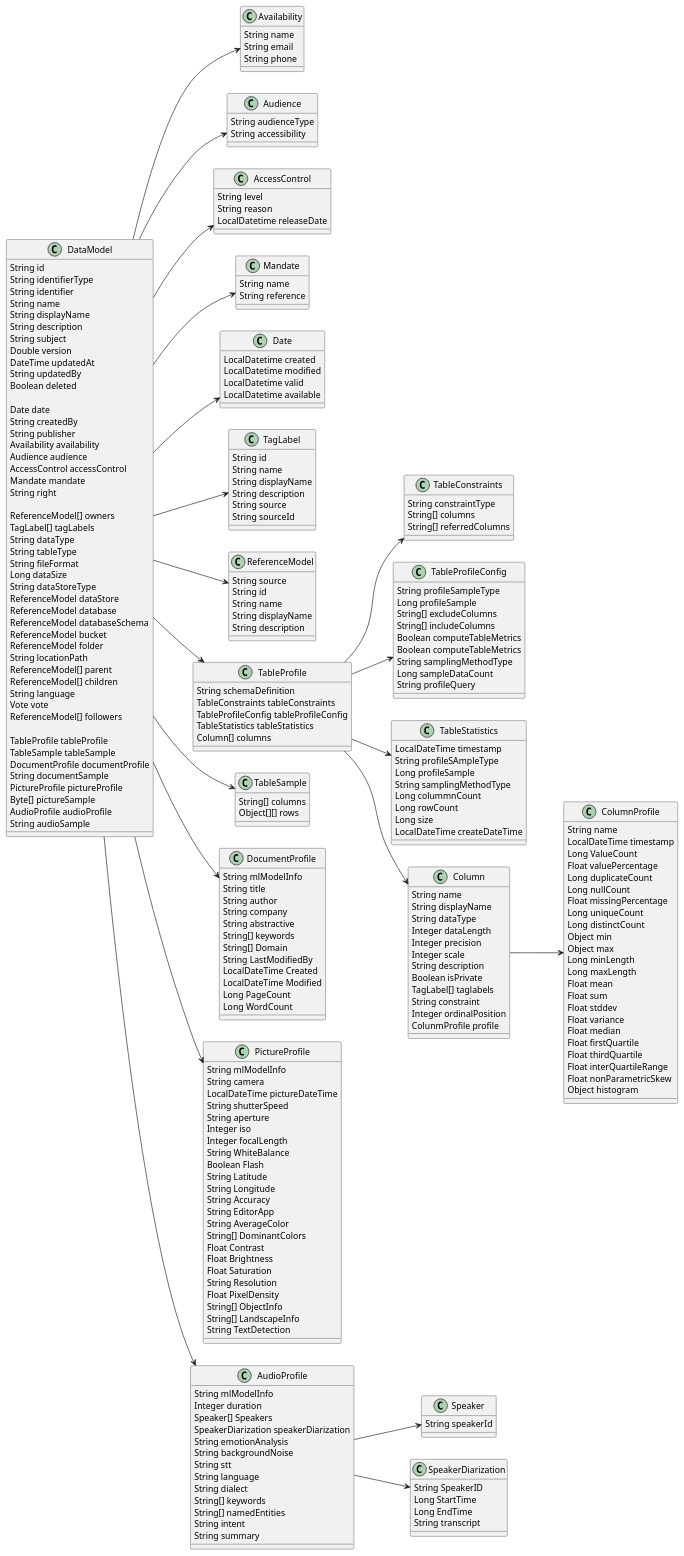
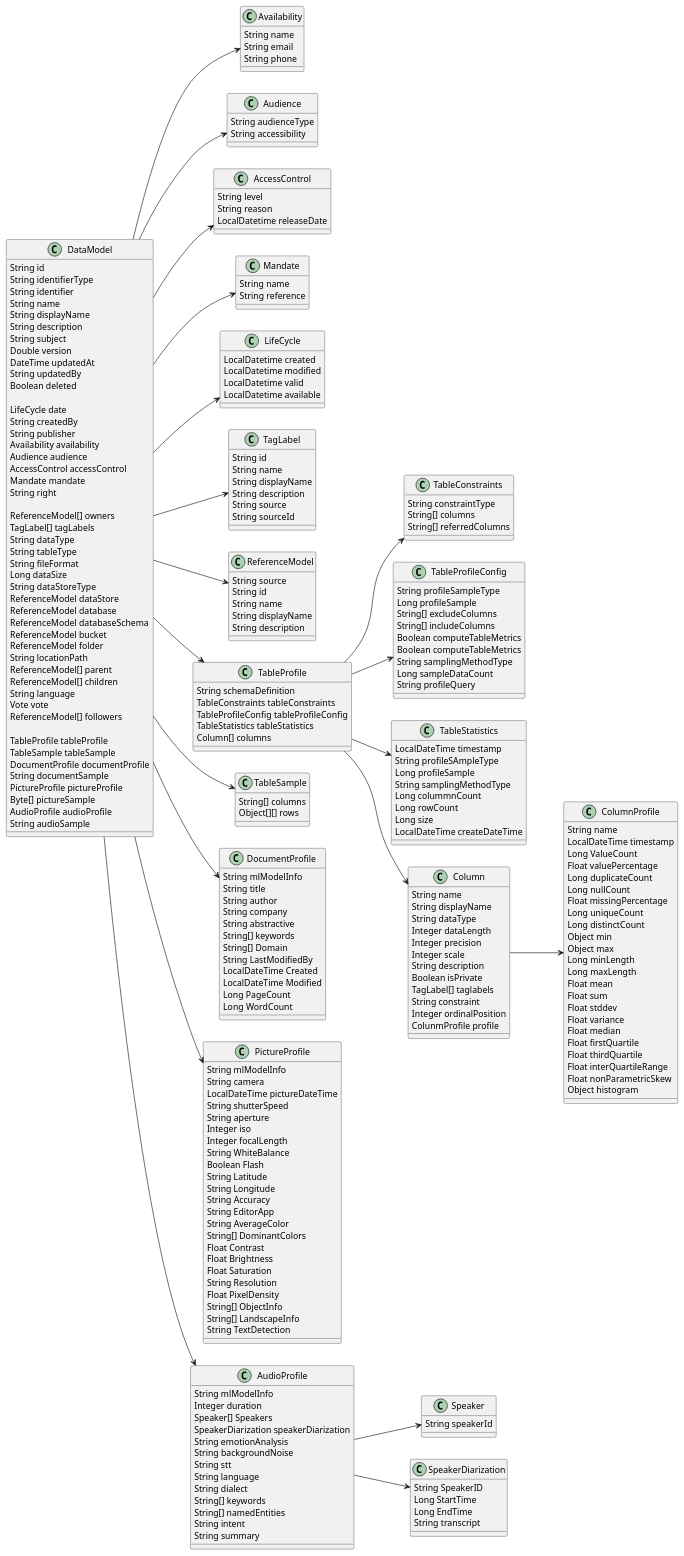
Before and after one commit to DataFabricTech/DataFabricPlatform: the fourth of 6 diagrams in docs/arch/metadata_server/virtualization-data.md, drawn with PlantUML. The commit also changed other lines of this file and 22 other files, not shown here.

````diff
--- a/docs/arch/metadata_server/virtualization-data.md
+++ b/docs/arch/metadata_server/virtualization-data.md
@@ -520,6 +276,16 @@
 ```plantuml
 @startuml
 left to right direction
+
+' | 유형                    | 기호    | 목적                                                                   |
+' | ----------------------- | ------- | ---------------------------------------------------------------------- |
+' | 의존성(Association)     | `-->`   | 객체가 다른 객체를 사용함. ( A `-->` B)                                |
+' | 확장(Inheritance)       | `<\|--` | 계층 구조에서 클래스의 특수화. (부모 `<\|--` 자식)                     |
+' | 구현(Implementation)    | `<\|..` | 클래스에 의한 인터페이스의 실현. (Interface `<\|..` Class)             |
+' | 약한 의존성(Dependency) | `..>`   | 더 약한 형태의 의존성. A 클래스 메소스 파라미터로 B를 사용( A `..>` B) |
+' | 집합(Aggregation)       | `o--`   | 부분이 전체와 독립적으로 존재할 수 있음( 클래스 `o--` 부분 클래스)     |
+' | 컴포지션(Composition)   | `*--`   | 부분이 전체 없이 존재할 수 없음( 클래스 `*--` 부분 클래스)             |
+
 
 class DataModel {
   String id
@@ -534,7 +300,7 @@
   String updatedBy
   Boolean deleted
 
-  Date date
+  LifeCycle date
   String createdBy
   String publisher
   Availability availability
@@ -602,14 +368,14 @@
 
 DataModel --> Mandate
 
-class Date {
+class LifeCycle {
    LocalDatetime created
    LocalDatetime modified
    LocalDatetime valid
    LocalDatetime available
 }
 
-DataModel --> Date
+DataModel --> LifeCycle 
 
 class TagLabel {
    String id 
````
